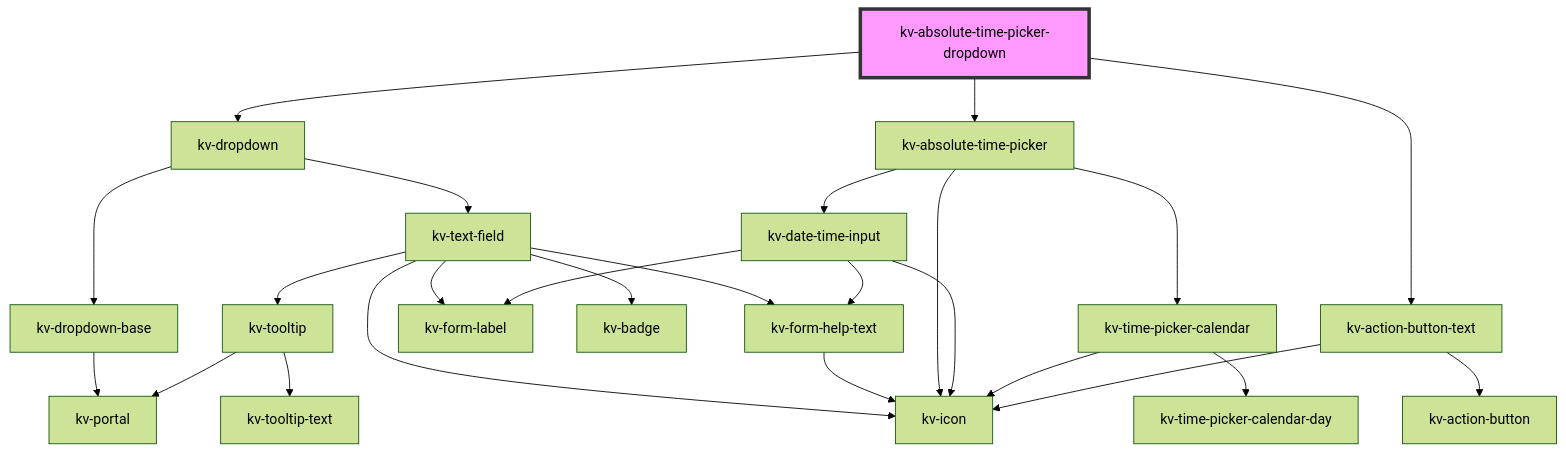
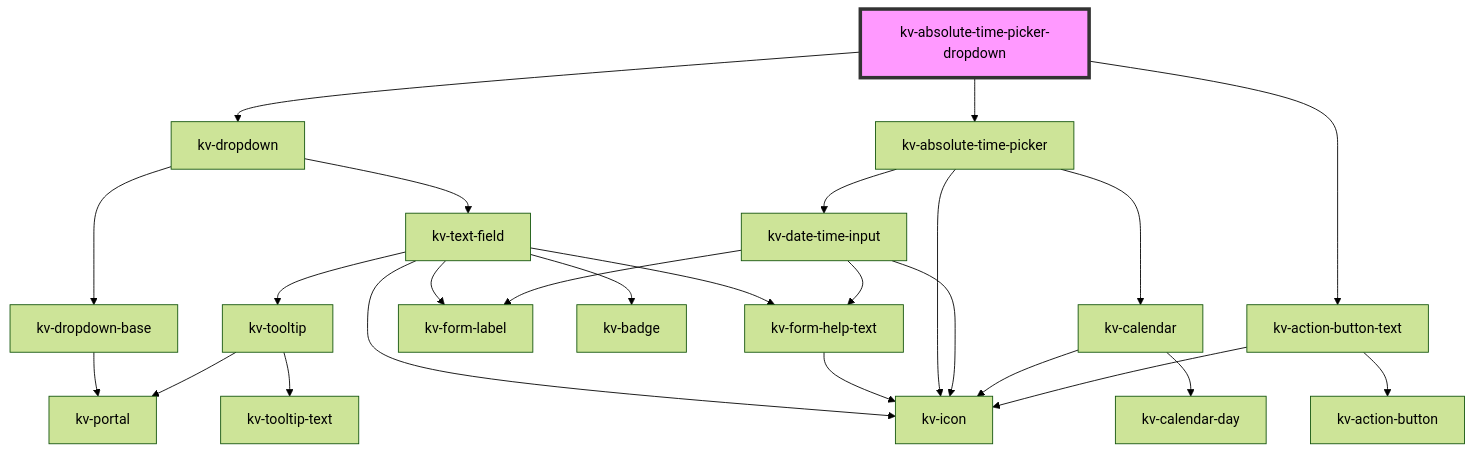
The diagram in packages/ui-components/src/components/absolute-time-picker-dropdown/readme.md (kelvininc/ui-components), drawn with Mermaid (forest theme) before and after one commit. The commit also changed 137 other files, not shown here.

Commit message:
refactor(calendar)!: remove old calendar components and rename time picker components

````diff
--- a/packages/ui-components/src/components/absolute-time-picker-dropdown/readme.md
+++ b/packages/ui-components/src/components/absolute-time-picker-dropdown/readme.md
@@ -96,28 +96,28 @@
 ```mermaid
 graph TD;
   kv-absolute-time-picker-dropdown --> kv-dropdown
   kv-absolute-time-picker-dropdown --> kv-absolute-time-picker
   kv-absolute-time-picker-dropdown --> kv-action-button-text
   kv-dropdown --> kv-dropdown-base
   kv-dropdown --> kv-text-field
   kv-dropdown-base --> kv-portal
   kv-text-field --> kv-tooltip
   kv-text-field --> kv-form-label
   kv-text-field --> kv-icon
   kv-text-field --> kv-badge
   kv-text-field --> kv-form-help-text
   kv-tooltip --> kv-portal
   kv-tooltip --> kv-tooltip-text
   kv-form-help-text --> kv-icon
   kv-absolute-time-picker --> kv-icon
   kv-absolute-time-picker --> kv-date-time-input
-  kv-absolute-time-picker --> kv-time-picker-calendar
+  kv-absolute-time-picker --> kv-calendar
   kv-date-time-input --> kv-form-label
   kv-date-time-input --> kv-icon
   kv-date-time-input --> kv-form-help-text
-  kv-time-picker-calendar --> kv-icon
-  kv-time-picker-calendar --> kv-time-picker-calendar-day
+  kv-calendar --> kv-icon
+  kv-calendar --> kv-calendar-day
   kv-action-button-text --> kv-action-button
   kv-action-button-text --> kv-icon
   style kv-absolute-time-picker-dropdown fill:#f9f,stroke:#333,stroke-width:4px
 ```
````
